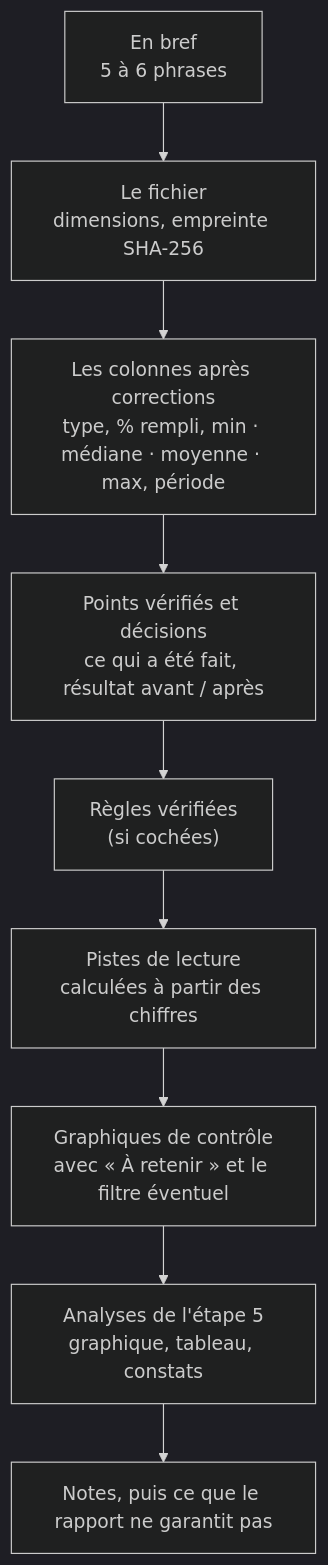
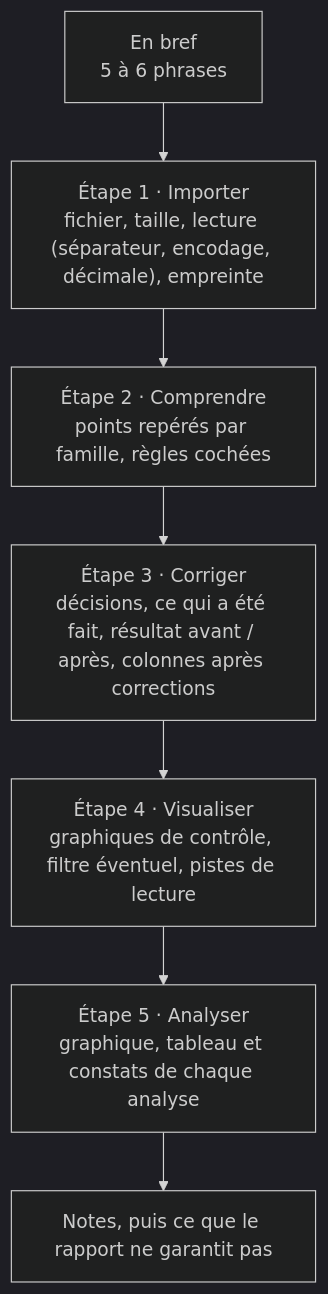
The third of 3 diagrams in src/README.md (mila1515/IT-Service-Performance-Analytics), drawn with Mermaid (dark theme) before and after one commit. The commit also changed other lines of this file and 11 other files, not shown here.

First line of the commit message:
feat: un seul rapport à l'étape 5, organisé par étapes, et filtre mémorisé

````diff
--- a/src/README.md
+++ b/src/README.md
@@ -174,11 +176,9 @@
 ```mermaid
 flowchart TB
-    A["En bref<br/>5 à 6 phrases"] --> B["Le fichier<br/>dimensions, empreinte SHA-256"]
-    B --> C["Les colonnes après corrections<br/>type, % rempli, min · médiane · moyenne · max, période"]
-    C --> D["Points vérifiés et décisions<br/>ce qui a été fait, résultat avant / après"]
-    D --> E["Règles vérifiées<br/>(si cochées)"]
-    E --> F["Pistes de lecture<br/>calculées à partir des chiffres"]
-    F --> G["Graphiques de contrôle<br/>avec « À retenir » et le filtre éventuel"]
-    G --> H["Analyses de l'étape 5<br/>graphique, tableau, constats"]
-    H --> I["Notes, puis ce que le rapport ne garantit pas"]
+    A["En bref<br/>5 à 6 phrases"] --> B["Étape 1 · Importer<br/>fichier, taille, lecture (séparateur, encodage, décimale), empreinte"]
+    B --> C["Étape 2 · Comprendre<br/>points repérés par famille, règles cochées"]
+    C --> D["Étape 3 · Corriger<br/>décisions, ce qui a été fait, résultat avant / après, colonnes après corrections"]
+    D --> E["Étape 4 · Visualiser<br/>graphiques de contrôle, filtre éventuel, pistes de lecture"]
+    E --> F["Étape 5 · Analyser<br/>graphique, tableau et constats de chaque analyse"]
+    F --> G["Notes, puis ce que le rapport ne garantit pas"]
 ```
````
